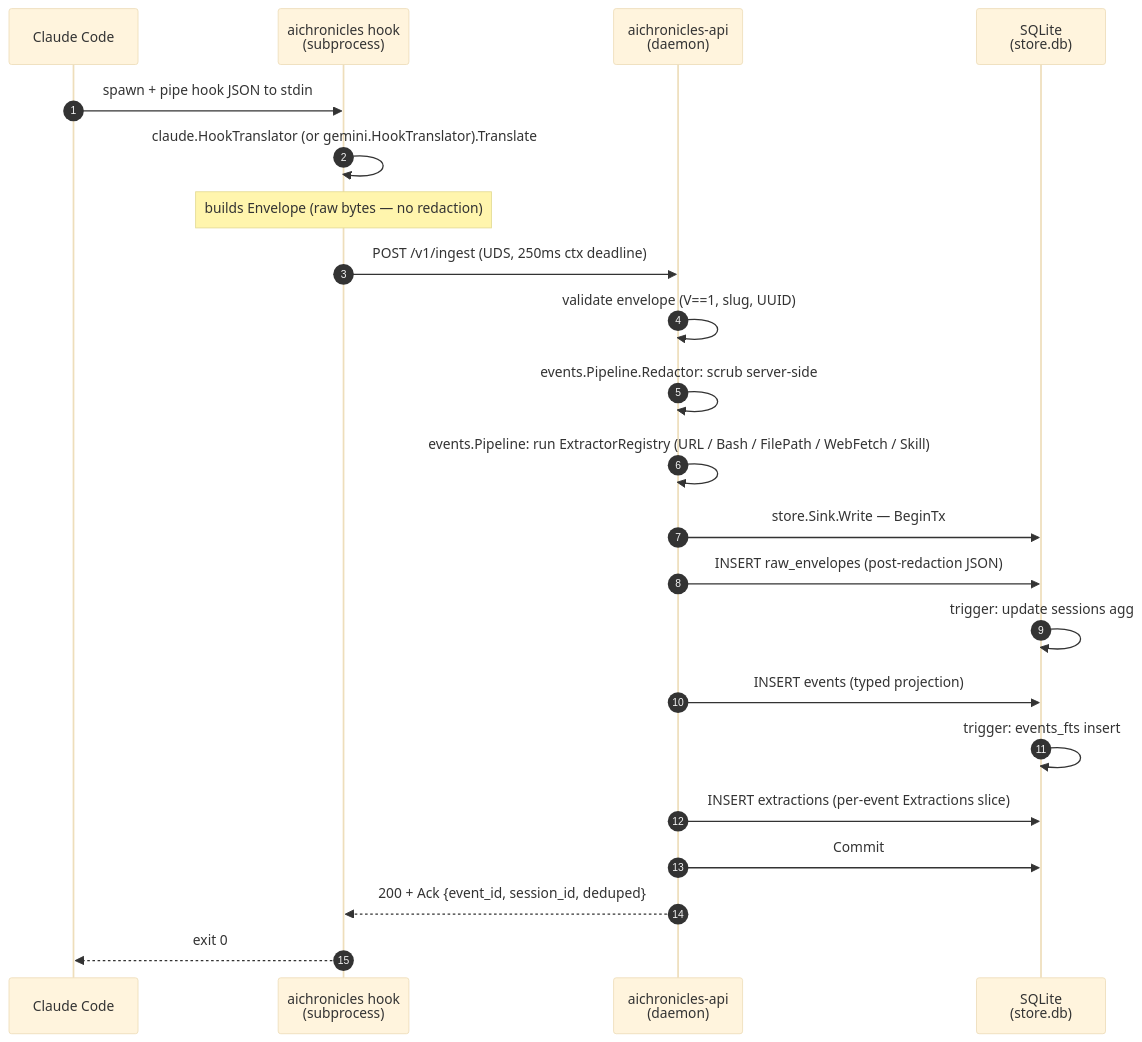
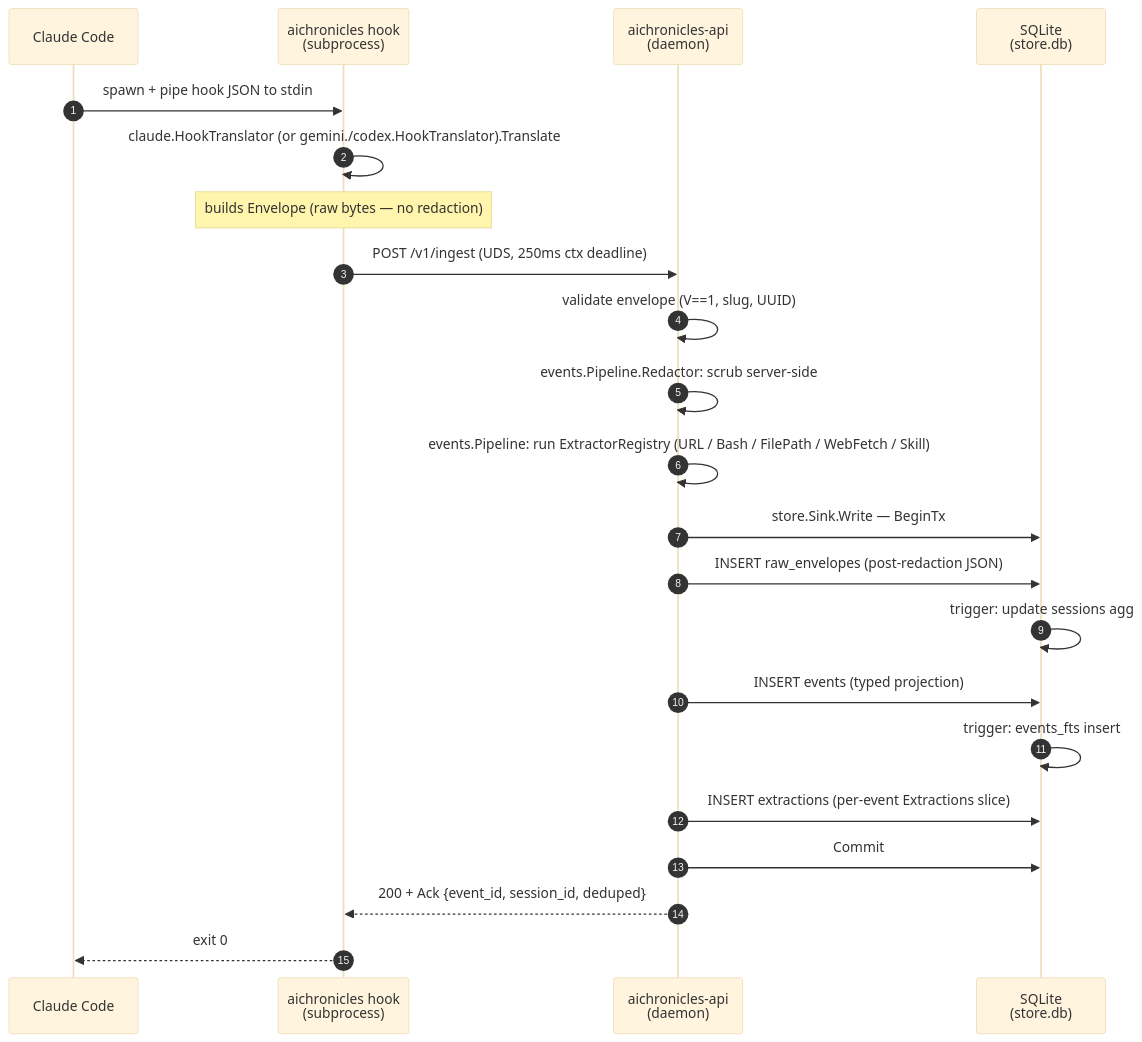
One commit to toabctl/aichronicles changed the first of 5 diagrams in docs/explanation/data-flow.md. Above: the diagram before and after it, drawn with Mermaid (base theme). The commit also changed other lines of this file and 9 other files, not shown here.

````diff
--- a/docs/explanation/data-flow.md
+++ b/docs/explanation/data-flow.md
@@ -43,25 +43,25 @@
 ```mermaid
 sequenceDiagram
     autonumber
     participant CC as Claude Code
     participant HK as aichronicles hook<br/>(subprocess)
     participant API as aichronicles-api<br/>(daemon)
     participant SQ as SQLite<br/>(store.db)
 
     CC->>HK: spawn + pipe hook JSON to stdin
-    HK->>HK: claude.HookTranslator (or gemini.HookTranslator).Translate
+    HK->>HK: claude.HookTranslator (or gemini./codex.HookTranslator).Translate
     Note over HK: builds Envelope (raw bytes — no redaction)
     HK->>API: POST /v1/ingest (UDS, 250ms ctx deadline)
     API->>API: validate envelope (V==1, slug, UUID)
     API->>API: events.Pipeline.Redactor: scrub server-side
     API->>API: events.Pipeline: run ExtractorRegistry (URL / Bash / FilePath / WebFetch / Skill)
     API->>SQ: store.Sink.Write — BeginTx
     API->>SQ: INSERT raw_envelopes (post-redaction JSON)
     SQ->>SQ: trigger: update sessions agg
     API->>SQ: INSERT events (typed projection)
     SQ->>SQ: trigger: events_fts insert
     API->>SQ: INSERT extractions (per-event Extractions slice)
     API->>SQ: Commit
     API-->>HK: 200 + Ack {event_id, session_id, deduped}
     HK-->>CC: exit 0
 ```
````
